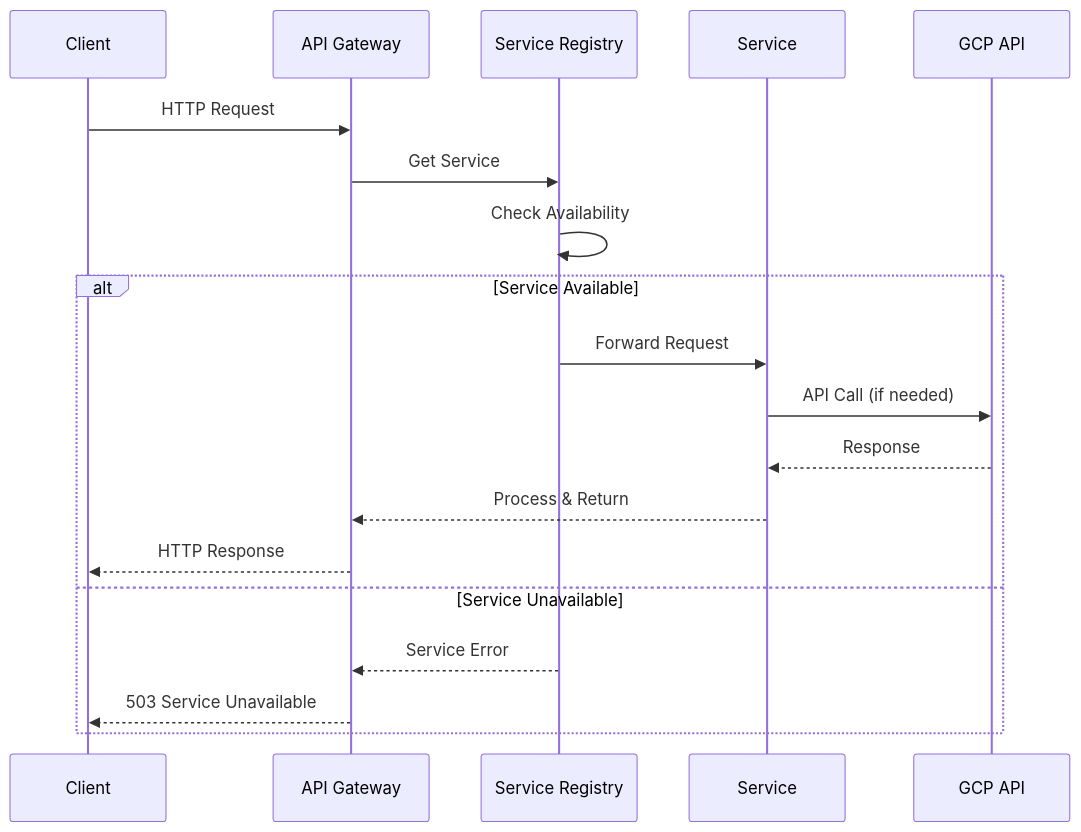
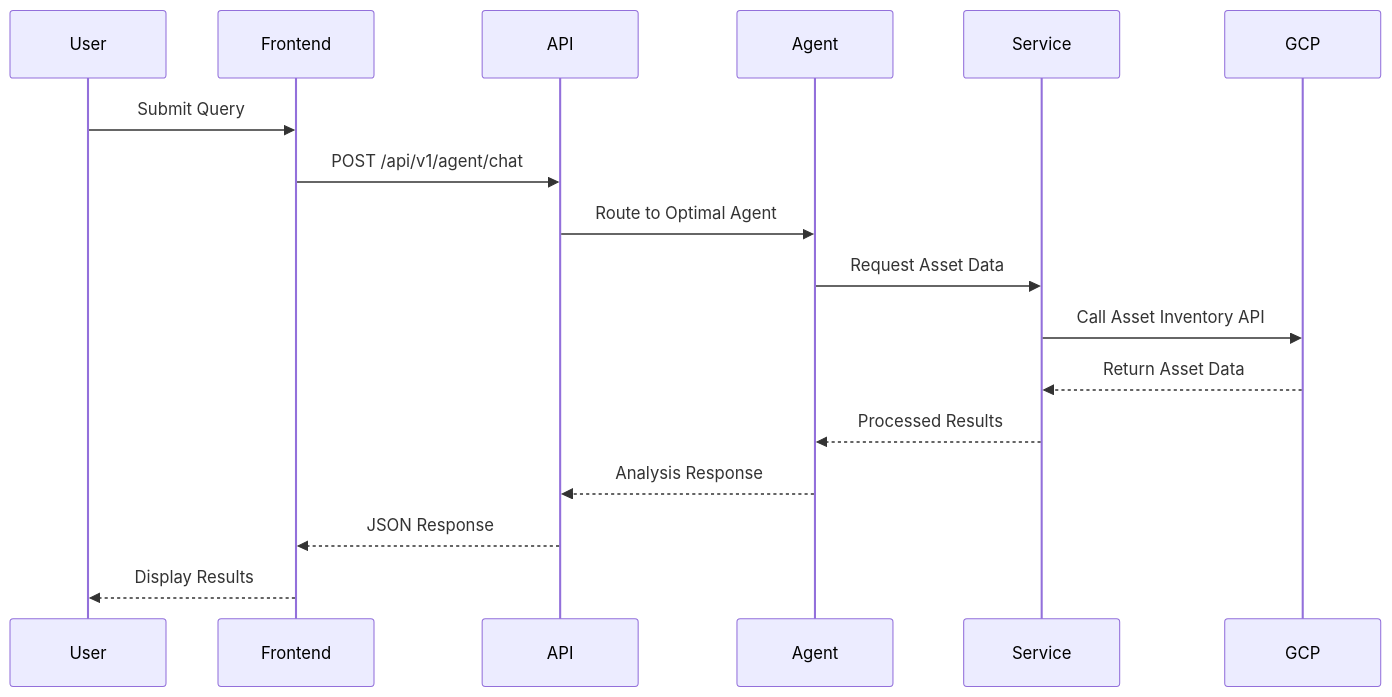
Before and after one commit to google/adk-python: the second of 6 diagrams in contributing/samples/security_agent/docs/architecture/ARCHITECTURE.md, drawn with Mermaid. The commit also changed other lines of this file and 287 other files, not shown here.

````diff
--- a/contributing/samples/security_agent/docs/architecture/ARCHITECTURE.md
+++ b/contributing/samples/security_agent/docs/architecture/ARCHITECTURE.md
@@ -299,23 +89,20 @@
 ```mermaid
 sequenceDiagram
-    participant Client
-    participant API Gateway
-    participant Service Registry
+    participant User
+    participant Frontend
+    participant API
+    participant Agent
     participant Service
-    participant GCP API
-
-    Client->>API Gateway: HTTP Request
-    API Gateway->>Service Registry: Get Service
-    Service Registry->>Service Registry: Check Availability
+    participant GCP
     
-    alt Service Available
-        Service Registry->>Service: Forward Request
-        Service->>GCP API: API Call (if needed)
-        GCP API-->>Service: Response
-        Service-->>API Gateway: Process & Return
-        API Gateway-->>Client: HTTP Response
-    else Service Unavailable
-        Service Registry-->>API Gateway: Service Error
-        API Gateway-->>Client: 503 Service Unavailable
-    end
+    User->>Frontend: Submit Query
+    Frontend->>API: POST /api/v1/agent/chat
+    API->>Agent: Route to Optimal Agent
+    Agent->>Service: Request Asset Data
+    Service->>GCP: Call Asset Inventory API
+    GCP-->>Service: Return Asset Data
+    Service-->>Agent: Processed Results
+    Agent-->>API: Analysis Response
+    API-->>Frontend: JSON Response
+    Frontend-->>User: Display Results
 ```
````
